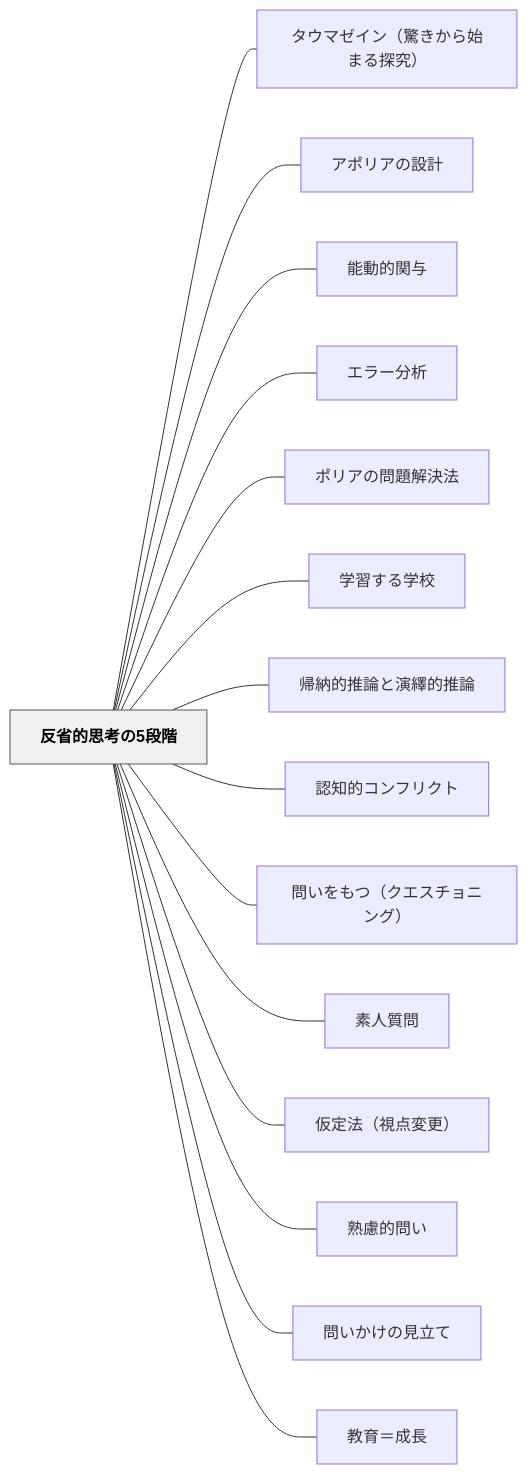
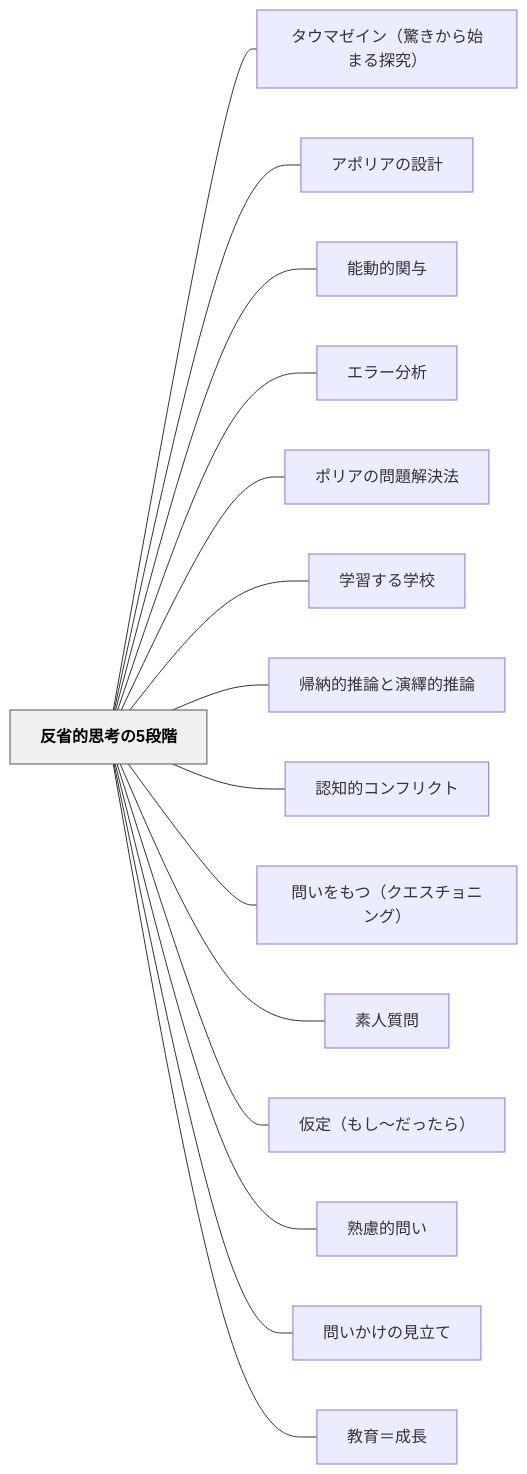
The diagram in content/パタン/反省的思考の5段階.md (unknownthings-ed-patterns/unknownthings-ed-patterns), drawn with Mermaid before and after one commit. The commit also changed other lines of this file and 16 other files, not shown here.

````diff
--- a/content/パタン/反省的思考の5段階.md
+++ b/content/パタン/反省的思考の5段階.md
@@ -218,36 +218,36 @@
 ```mermaid
 flowchart LR
     ne58f8de79c81e79a84e6809de88083e381ae35e6aeb5e99a8e["反省的思考の5段階"]
     ne382bfe382a6e3839ee382bce382a4e383b3efbc88e9a99ae3818de3818be38289e5a78be381bee3828be68ea2e7a9b6efbc89["タウマゼイン（驚きから始まる探究）"]
     ne382a2e3839de383aae382a2e381aee8a8ade8a888["アポリアの設計"]
     ne883bde58b95e79a84e996a2e4b88e["能動的関与"]
     ne382a8e383a9e383bce58886e69e90["エラー分析"]
     ne3839de383aae382a2e381aee5958fe9a18ce8a7a3e6b1bae6b395["ポリアの問題解決法"]
     ne5ada6e7bf92e38199e3828be5ada6e6a0a1["学習する学校"]
     ne5b8b0e7b48de79a84e68ea8e8ab96e381a8e6bc94e7b9b9e79a84e68ea8e8ab96["帰納的推論と演繹的推論"]
     ne8aa8de79fa5e79a84e382b3e383b3e38395e383aae382afe38388["認知的コンフリクト"]
     ne5958fe38184e38292e38282e381a4efbc88e382afe382a8e382b9e38381e383a7e3838be383b3e382b0efbc89["問いをもつ（クエスチョニング）"]
     ne7b4a0e4babae8b3aae5958f["素人質問"]
-    ne4bbaee5ae9ae6b395efbc88e8a696e782b9e5a489e69bb4efbc89["仮定法（視点変更）"]
+    ne4bbaee5ae9aefbc88e38282e38197e3809ce381a0e381a3e3819fe38289efbc89["仮定（もし〜だったら）"]
     ne7869fe685aee79a84e5958fe38184["熟慮的問い"]
     ne5958fe38184e3818be38191e381aee8a68be7ab8be381a6["問いかけの見立て"]
     ne69599e882b2efbc9de68890e995b7["教育＝成長"]
 
     ne58f8de79c81e79a84e6809de88083e381ae35e6aeb5e99a8e --- ne382bfe382a6e3839ee382bce382a4e383b3efbc88e9a99ae3818de3818be38289e5a78be381bee3828be68ea2e7a9b6efbc89
     ne58f8de79c81e79a84e6809de88083e381ae35e6aeb5e99a8e --- ne382a2e3839de383aae382a2e381aee8a8ade8a888
     ne58f8de79c81e79a84e6809de88083e381ae35e6aeb5e99a8e --- ne883bde58b95e79a84e996a2e4b88e
     ne58f8de79c81e79a84e6809de88083e381ae35e6aeb5e99a8e --- ne382a8e383a9e383bce58886e69e90
     ne58f8de79c81e79a84e6809de88083e381ae35e6aeb5e99a8e --- ne3839de383aae382a2e381aee5958fe9a18ce8a7a3e6b1bae6b395
     ne58f8de79c81e79a84e6809de88083e381ae35e6aeb5e99a8e --- ne5ada6e7bf92e38199e3828be5ada6e6a0a1
     ne58f8de79c81e79a84e6809de88083e381ae35e6aeb5e99a8e --- ne5b8b0e7b48de79a84e68ea8e8ab96e381a8e6bc94e7b9b9e79a84e68ea8e8ab96
     ne58f8de79c81e79a84e6809de88083e381ae35e6aeb5e99a8e --- ne8aa8de79fa5e79a84e382b3e383b3e38395e383aae382afe38388
     ne58f8de79c81e79a84e6809de88083e381ae35e6aeb5e99a8e --- ne5958fe38184e38292e38282e381a4efbc88e382afe382a8e382b9e38381e383a7e3838be383b3e382b0efbc89
     ne58f8de79c81e79a84e6809de88083e381ae35e6aeb5e99a8e --- ne7b4a0e4babae8b3aae5958f
-    ne58f8de79c81e79a84e6809de88083e381ae35e6aeb5e99a8e --- ne4bbaee5ae9ae6b395efbc88e8a696e782b9e5a489e69bb4efbc89
+    ne58f8de79c81e79a84e6809de88083e381ae35e6aeb5e99a8e --- ne4bbaee5ae9aefbc88e38282e38197e3809ce381a0e381a3e3819fe38289efbc89
     ne58f8de79c81e79a84e6809de88083e381ae35e6aeb5e99a8e --- ne7869fe685aee79a84e5958fe38184
     ne58f8de79c81e79a84e6809de88083e381ae35e6aeb5e99a8e --- ne5958fe38184e3818be38191e381aee8a68be7ab8be381a6
     ne58f8de79c81e79a84e6809de88083e381ae35e6aeb5e99a8e --- ne69599e882b2efbc9de68890e995b7
 
     classDef hub fill:#f0f0f0,stroke:#555,color:#000,font-weight:bold
     class ne58f8de79c81e79a84e6809de88083e381ae35e6aeb5e99a8e hub
 ```
````
